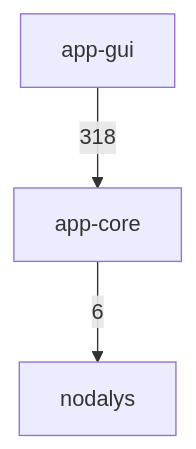
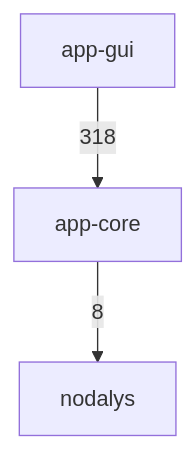
Before and after one commit to ronnymilleo/imcsim: the first of 3 diagrams in docs/architecture.md, drawn with Mermaid. The commit also changed other lines of this file, not shown here.

Commit message:
docs: update architecture include layer diagram

````diff
--- a/docs/architecture.md
+++ b/docs/architecture.md
@@ -22,8 +22,8 @@
 ```mermaid
 flowchart TD
     app_gui[app-gui]
     app_core[app-core]
     nodalys[nodalys]
-    app_core -->|6| nodalys
+    app_core -->|8| nodalys
     app_gui -->|318| app_core
 ```
````
